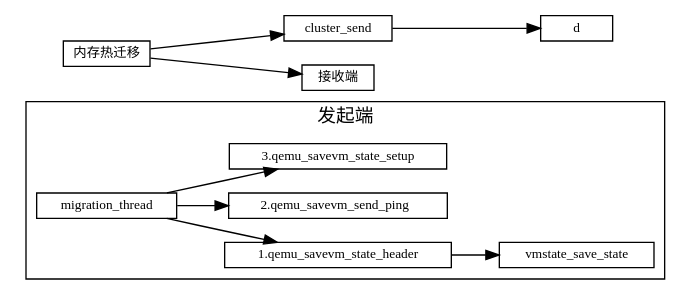
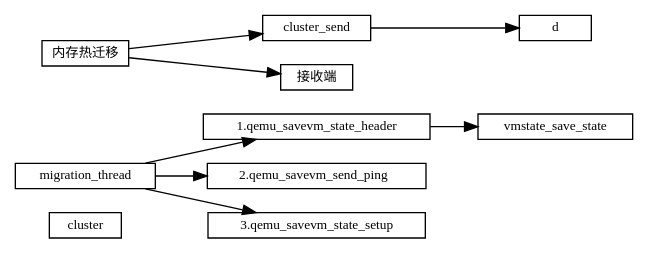
The diagram in 虚拟化/热迁移/1-内存热迁移.md (sisyphus1212/note), drawn with Graphviz before and after one commit.

Commit message:
auto_update

````diff
--- a/虚拟化/热迁移/1-内存热迁移.md
+++ b/虚拟化/热迁移/1-内存热迁移.md
@@ -11,24 +11,25 @@
 ```graphviz
 digraph 热迁移 {
 fontname="Helvetica,Arial,sans-serif"
 //node [fontname="Helvetica,Arial,sans-serif"]
 //edge [fontname="Helvetica,Arial,sans-serif"]
 rankdir="LR"
 node [fontsize=10, shape=box, height=0.25]
 edge [fontsize=10]
 
-  subgraph cluster_send {
+  subgraph send {
+    cluster
     label="发起端";
     migration_thread -> "1.qemu_savevm_state_header" -> vmstate_save_state;
     migration_thread -> "2.qemu_savevm_send_ping  ";
     migration_thread -> "3.qemu_savevm_state_setup";
 
   }
 
 内存热迁移 [label="内存热迁移"]
 内存热迁移 -> cluster_send
            -> d
 
 内存热迁移 -> 接收端
 }
 ```
````
